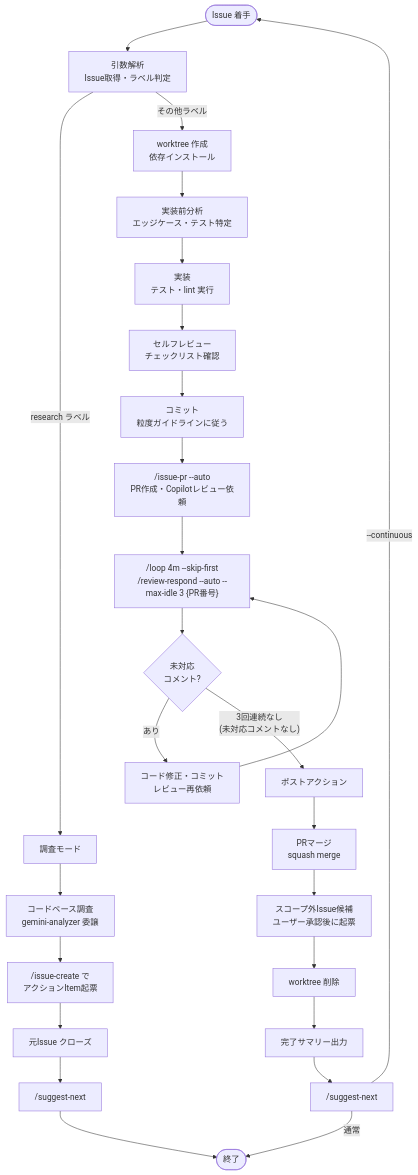
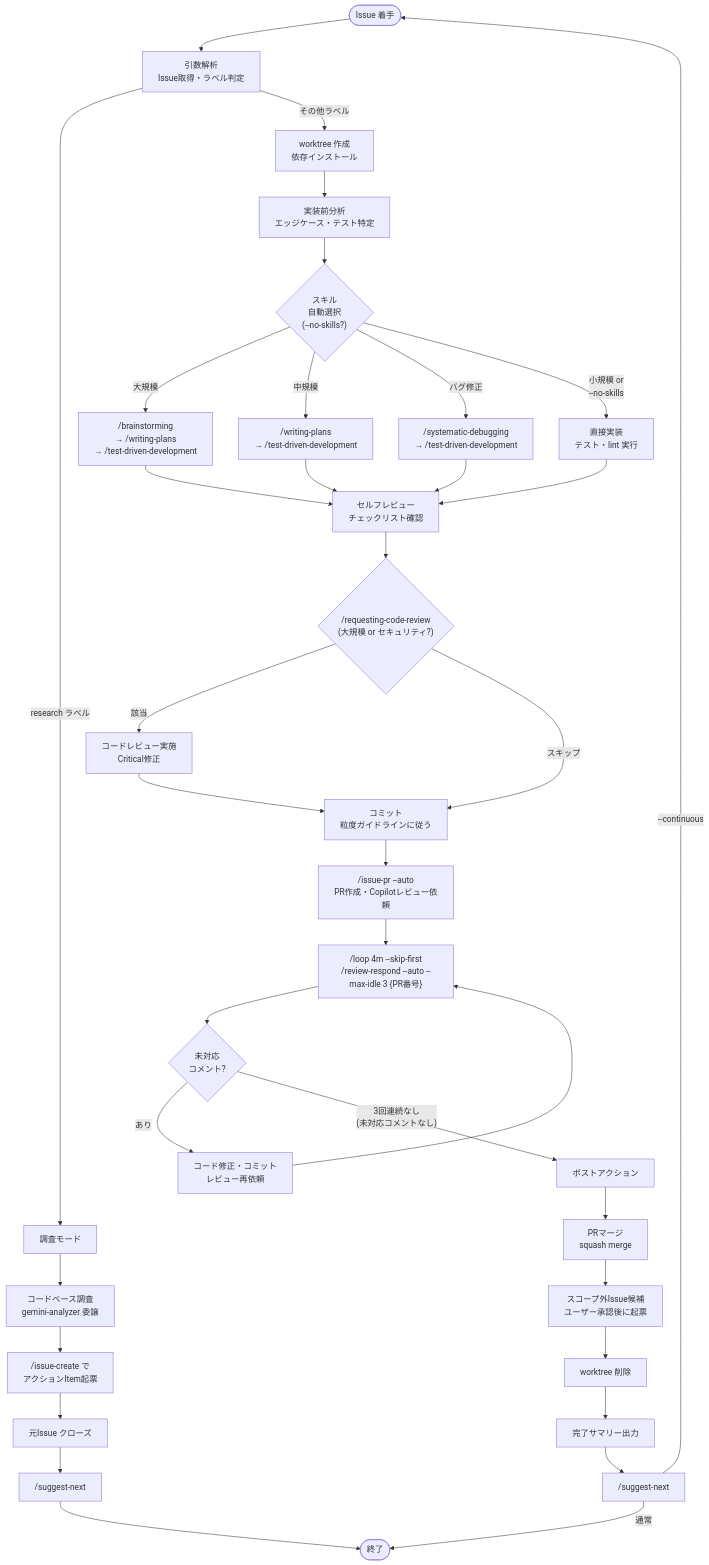
One commit to KdavisO/claude-project-template changed the second of 9 diagrams in docs/command-orchestration.md. Above: the diagram before and after it, drawn with Mermaid. The commit also changed other lines of this file and 1 other file, not shown here.

````diff
--- a/docs/command-orchestration.md
+++ b/docs/command-orchestration.md
@@ -61,32 +65,42 @@
 ```mermaid
 flowchart TD
     Start(["Issue 着手"]) --> Parse["引数解析\nIssue取得・ラベル判定"]
     Parse -->|"research ラベル"| Research["調査モード"]
     Parse -->|"その他ラベル"| WT["worktree 作成\n依存インストール"]
 
     Research --> Investigate["コードベース調査\ngemini-analyzer 委譲"]
     Investigate --> CreateIssues["/issue-create で\nアクションItem起票"]
     CreateIssues --> CloseResearch["元Issue クローズ"]
     CloseResearch --> SuggestR["/suggest-next"]
 
     WT --> Analyze["実装前分析\nエッジケース・テスト特定"]
-    Analyze --> Implement["実装\nテスト・lint 実行"]
-    Implement --> SelfReview["セルフレビュー\nチェックリスト確認"]
-    SelfReview --> Commit["コミット\n粒度ガイドラインに従う"]
+    Analyze --> SkillSelect{"スキル\n自動選択\n(--no-skills?)"}
+    SkillSelect -->|"大規模"| BS["/brainstorming\n→ /writing-plans\n→ /test-driven-development"]
+    SkillSelect -->|"中規模"| WPlan["/writing-plans\n→ /test-driven-development"]
+    SkillSelect -->|"バグ修正"| Debug["/systematic-debugging\n→ /test-driven-development"]
+    SkillSelect -->|"小規模 or\n--no-skills"| Implement["直接実装\nテスト・lint 実行"]
+    BS --> SelfReview["セルフレビュー\nチェックリスト確認"]
+    WPlan --> SelfReview
+    Debug --> SelfReview
+    Implement --> SelfReview
+    SelfReview --> CodeReview{"/requesting-code-review\n(大規模 or セキュリティ?)"}
+    CodeReview -->|"該当"| RCR["コードレビュー実施\nCritical修正"]
+    CodeReview -->|"スキップ"| Commit["コミット\n粒度ガイドラインに従う"]
+    RCR --> Commit
     Commit --> PR["/issue-pr --auto\nPR作成・Copilotレビュー依頼"]
     PR --> Poll["/loop 4m --skip-first\n/review-respond --auto --max-idle 3 {PR番号}"]
 
     Poll --> Check{"未対応\nコメント?"}
     Check -->|"あり"| Fix["コード修正・コミット\nレビュー再依頼"]
     Fix --> Poll
     Check -->|"3回連続なし\n(未対応コメントなし)"| PostAction["ポストアクション"]
 
     PostAction --> Merge["PRマージ\nsquash merge"]
     Merge --> ScopeOut["スコープ外Issue候補\nユーザー承認後に起票"]
     ScopeOut --> Cleanup["worktree 削除"]
     Cleanup --> Summary["完了サマリー出力"]
     Summary --> Suggest["/suggest-next"]
     Suggest -->|"--continuous"| Start
     Suggest -->|"通常"| End(["終了"])
     SuggestR --> End
 ```
````
